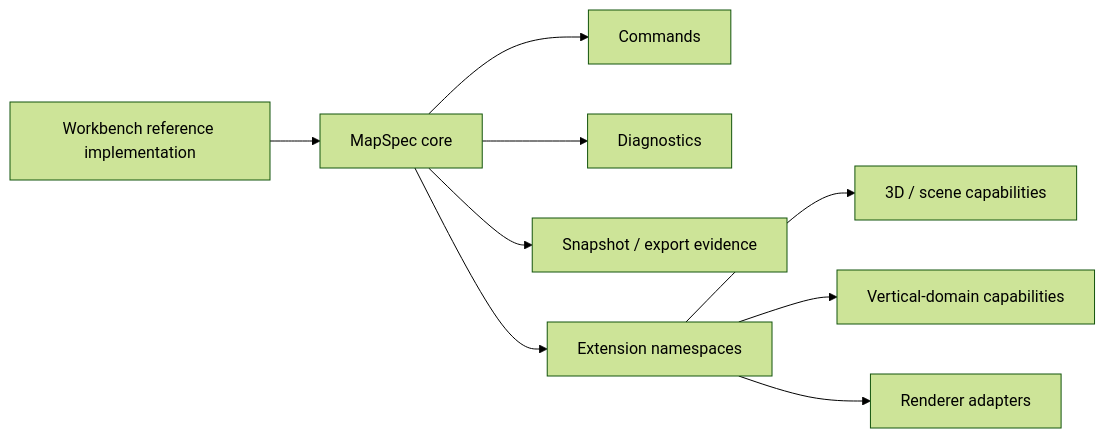
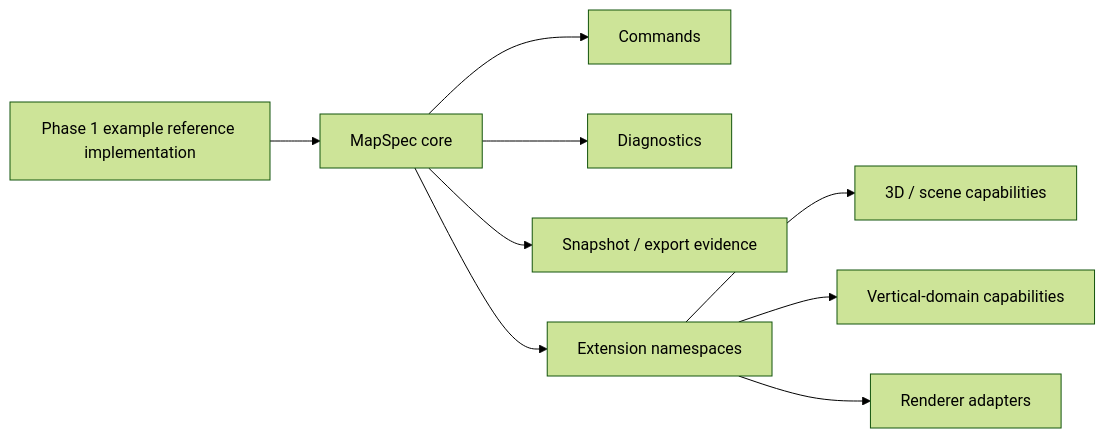
Before and after one commit to HYNCM/gis-engine: the diagram in docs/design/design-limits-and-generalization-boundaries.md, drawn with Mermaid (forest theme). The commit also changed other lines of this file and 4 other files, not shown here.

````diff
--- a/docs/design/design-limits-and-generalization-boundaries.md
+++ b/docs/design/design-limits-and-generalization-boundaries.md
@@ -69,11 +71,11 @@
 ```mermaid
 flowchart LR
   Core["MapSpec core"] --> Cmd["Commands"]
   Core --> Diag["Diagnostics"]
   Core --> Evidence["Snapshot / export evidence"]
   Core --> Ext["Extension namespaces"]
   Ext --> Scene3D["3D / scene capabilities"]
   Ext --> Domain["Vertical-domain capabilities"]
   Ext --> Adapter["Renderer adapters"]
-  Ref["Workbench reference implementation"] --> Core
+  Ref["Phase 1 example reference implementation"] --> Core
 ```
````
